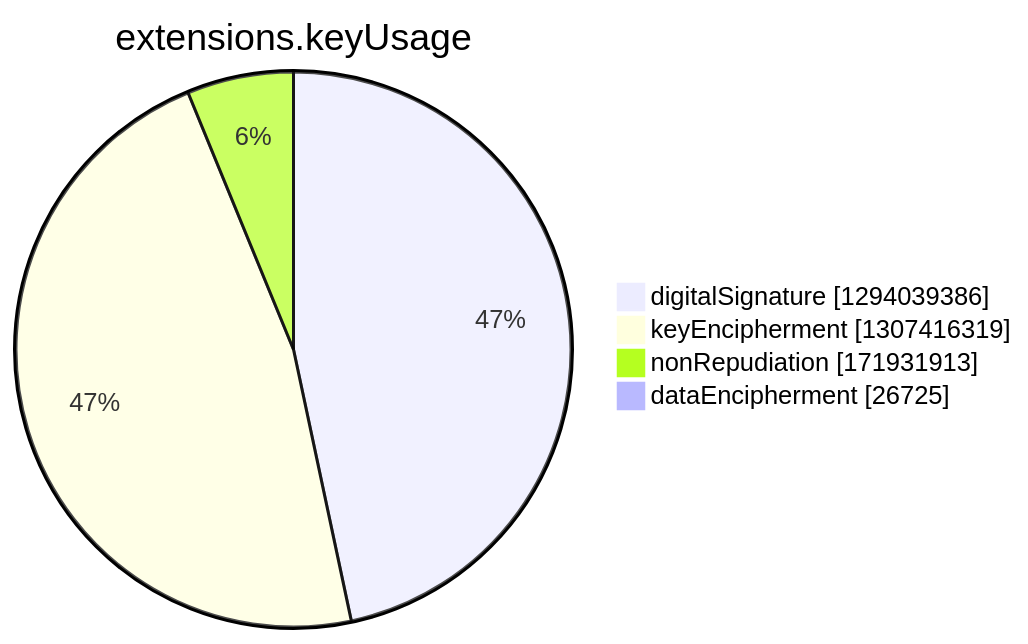
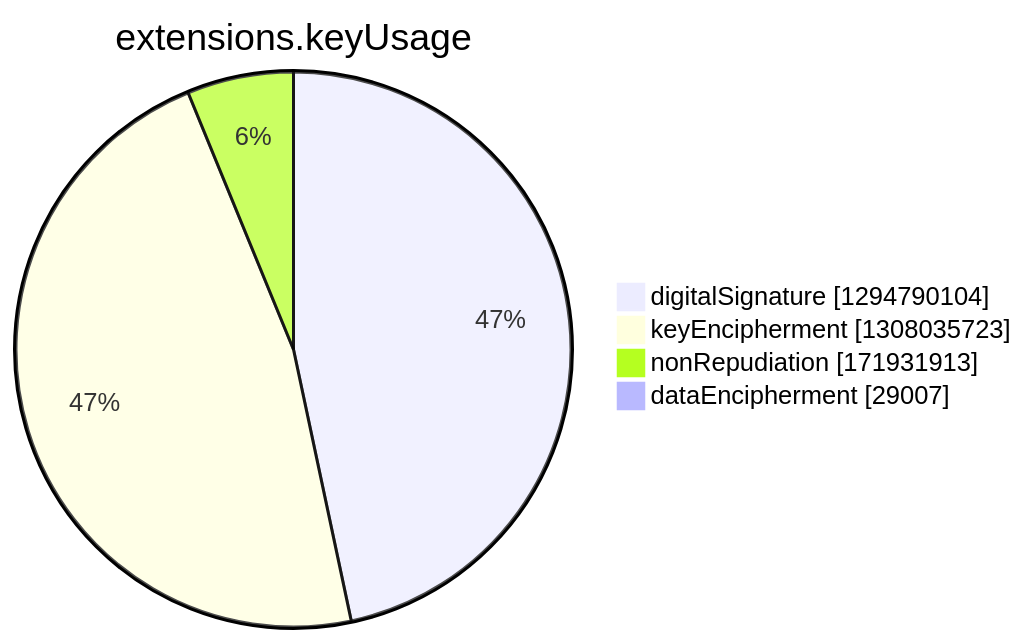
One commit to christiankrug/ctmonitor_visualization changed the seventh of 15 diagrams in argon2022/README.md. Above: the diagram before and after it, drawn with Mermaid. The commit also changed other lines of this file, not shown here.

````diff
--- a/argon2022/README.md
+++ b/argon2022/README.md
@@ -2749,8 +2749,8 @@
 ```mermaid
 pie showData
 title extensions.keyUsage
-"digitalSignature" :1294039386
-"keyEncipherment" :1307416319
+"digitalSignature" :1294790104
+"keyEncipherment" :1308035723
 "nonRepudiation" :171931913
-"dataEncipherment" :26725
+"dataEncipherment" :29007
 ```
````
